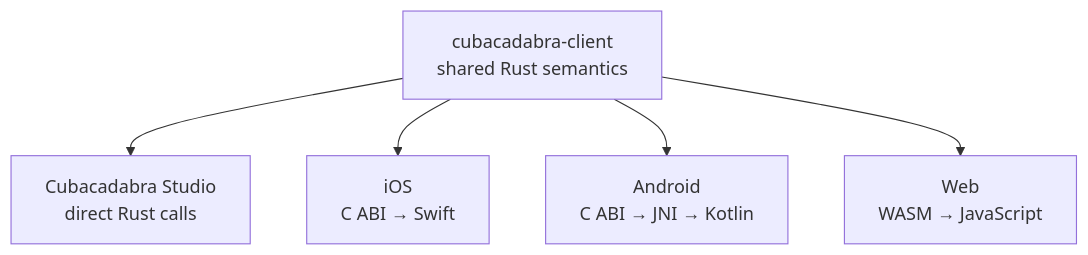
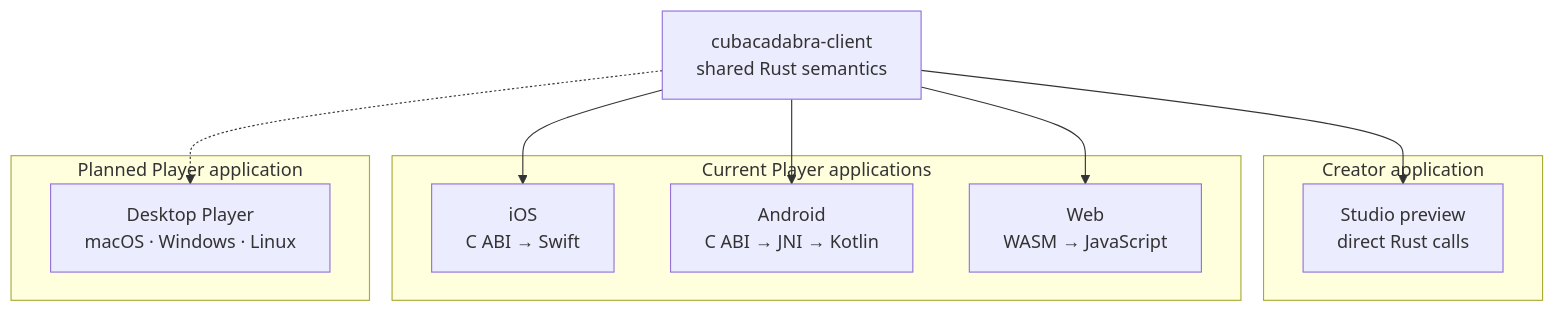
The second of 2 diagrams in architecture/client-runtime.md (cubacadabra/docs), drawn with Mermaid before and after one commit. The commit also changed other lines of this file and 13 other files, not shown here.

Commit message:
studio vs desktop

````diff
--- a/architecture/client-runtime.md
+++ b/architecture/client-runtime.md
@@ -24,13 +26,21 @@
 ```mermaid
 flowchart TB
     Semantics["cubacadabra-client<br/>shared Rust semantics"]
-    Studio["Cubacadabra Studio<br/>direct Rust calls"]
-    IOS["iOS<br/>C ABI → Swift"]
-    Android["Android<br/>C ABI → JNI → Kotlin"]
-    Web["Web<br/>WASM → JavaScript"]
+    subgraph Creator["Creator application"]
+        Studio["Studio preview<br/>direct Rust calls"]
+    end
+    subgraph Current["Current Player applications"]
+        IOS["iOS<br/>C ABI → Swift"]
+        Android["Android<br/>C ABI → JNI → Kotlin"]
+        Web["Web<br/>WASM → JavaScript"]
+    end
+    subgraph Planned["Planned Player application"]
+        Desktop["Desktop Player<br/>macOS · Windows · Linux"]
+    end
 
     Semantics --> Studio
     Semantics --> IOS
     Semantics --> Android
     Semantics --> Web
+    Semantics -.-> Desktop
 ```
````
